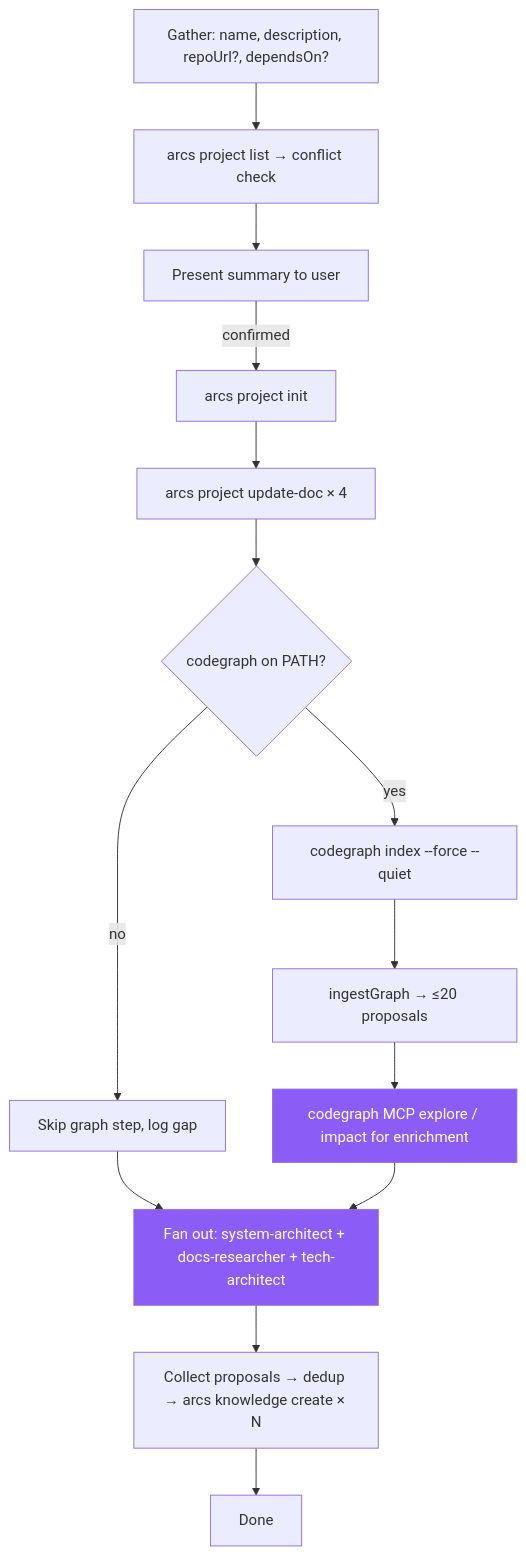
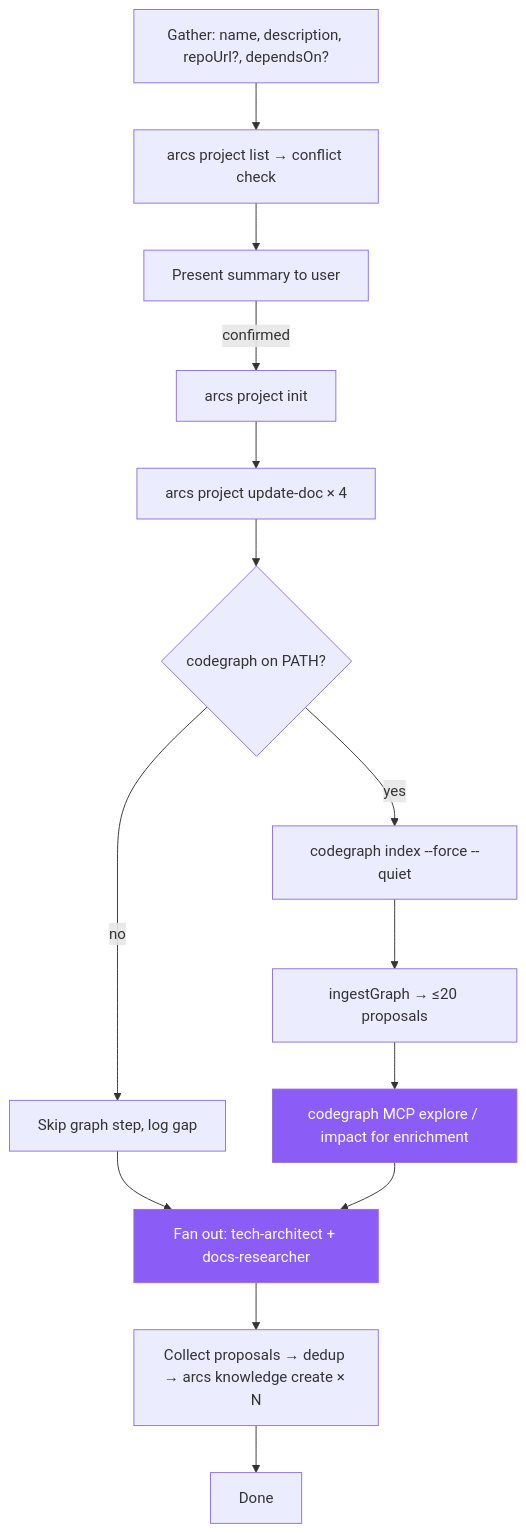
Before and after one commit to rryando/arcs: the diagram in skills/init-project.md, drawn with Mermaid. The commit also changed other lines of this file and 33 other files, not shown here.

````diff
--- a/skills/init-project.md
+++ b/skills/init-project.md
@@ -14,17 +14,17 @@
 ```mermaid
 flowchart TD
     classDef sub fill:#8b5cf6,color:#fff
 
     A[Gather: name, description, repoUrl?, dependsOn?] --> B[arcs project list → conflict check]
     B --> C[Present summary to user]
     C -->|confirmed| D[arcs project init]
     D --> E[arcs project update-doc × 4]
     E --> F{codegraph on PATH?}
     F -->|yes| G[codegraph index --force --quiet]
     F -->|no| H[Skip graph step, log gap]
     G --> G2[ingestGraph → ≤20 proposals]
     G2 --> G3[codegraph MCP explore / impact for enrichment]:::sub
-    H & G3 --> I[Fan out: system-architect + docs-researcher + tech-architect]:::sub
+    H & G3 --> I[Fan out: tech-architect + docs-researcher]:::sub
     I --> J[Collect proposals → dedup → arcs knowledge create × N]
     J --> K[Done]
 ```
````
